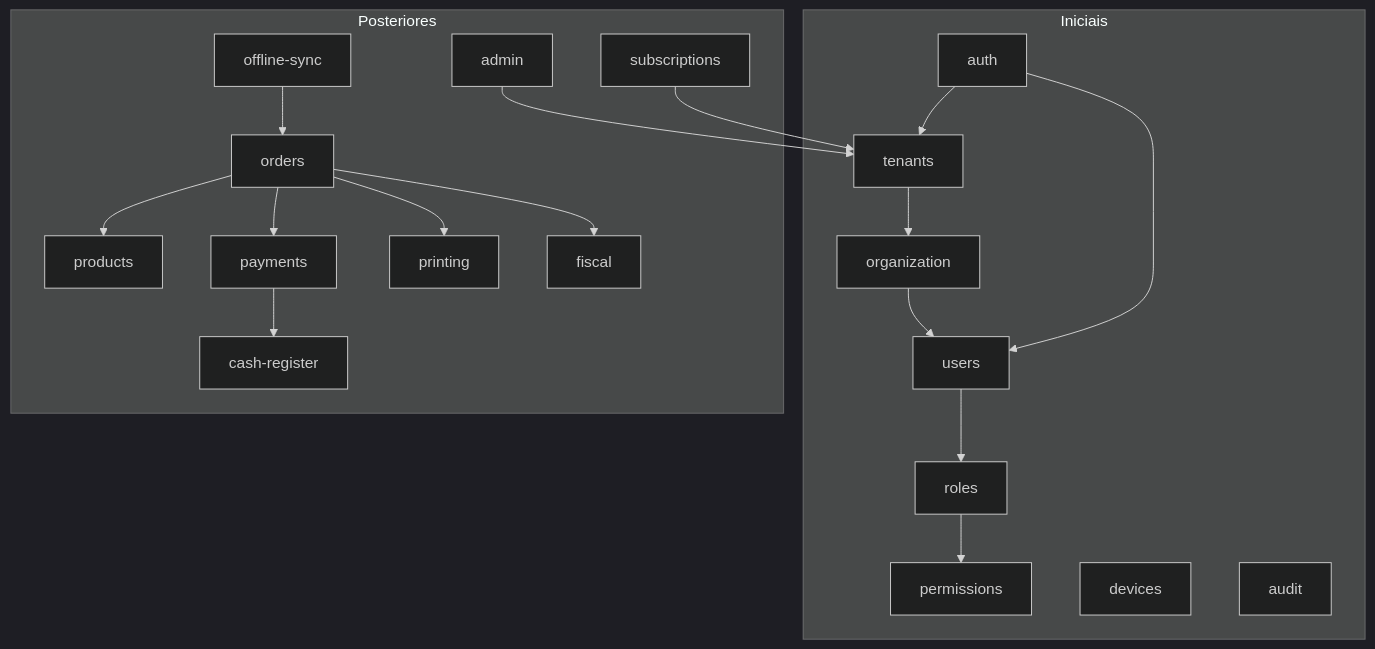
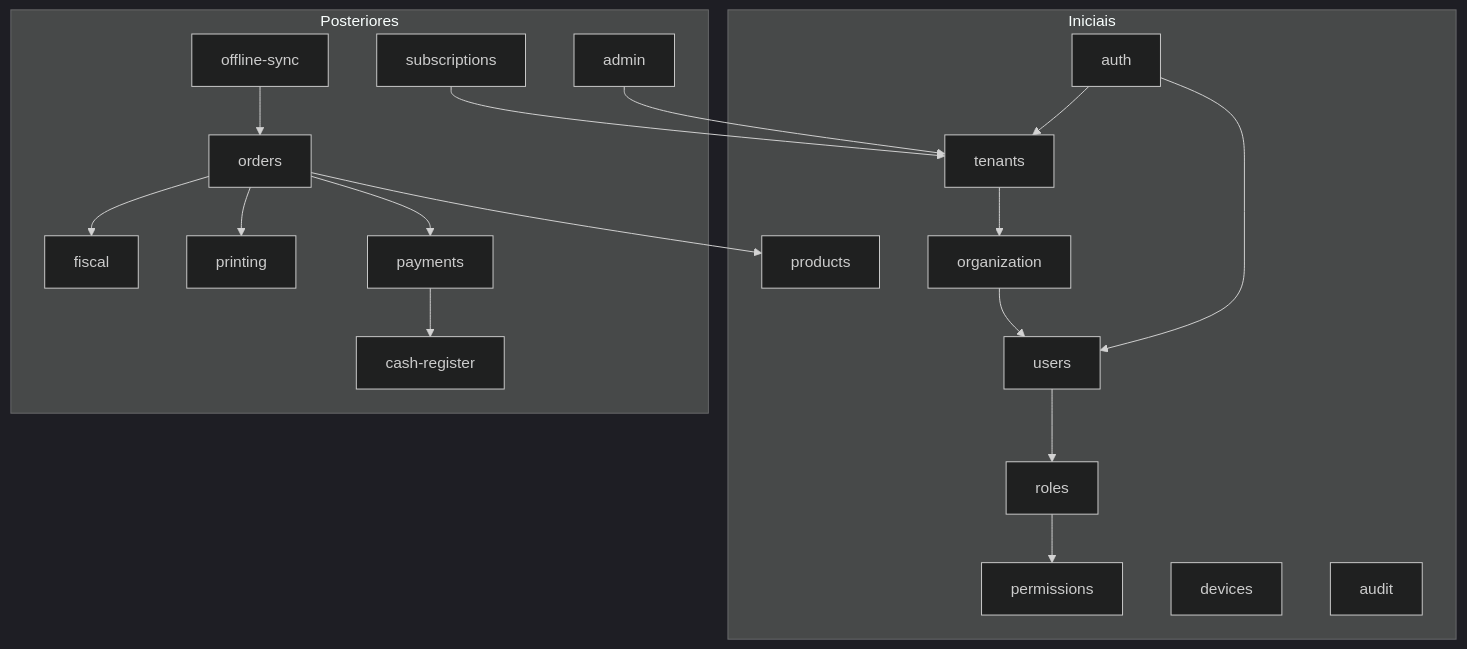
Before and after one commit to vieira-security/erp-saas-multi-tenant: the second of 2 diagrams in docs/architecture.md, drawn with Mermaid (dark theme). The commit also changed other lines of this file and 3 other files, not shown here.

First line of the commit message:
docs: record the M4 catalog schema, products module, API conventions and open items

````diff
--- a/docs/architecture.md
+++ b/docs/architecture.md
@@ -102,22 +103,22 @@
 ```mermaid
 flowchart TD
   subgraph Iniciais
     auth --> users
     auth --> tenants
     tenants --> organization
     organization --> users
     users --> roles --> permissions
     devices
     audit
+    products
   end
   subgraph Posteriores
-    products
     orders --> products
     orders --> payments --> cash-register
     orders --> printing
     orders --> fiscal
     offline-sync --> orders
     subscriptions --> tenants
     admin --> tenants
   end
 ```
````
